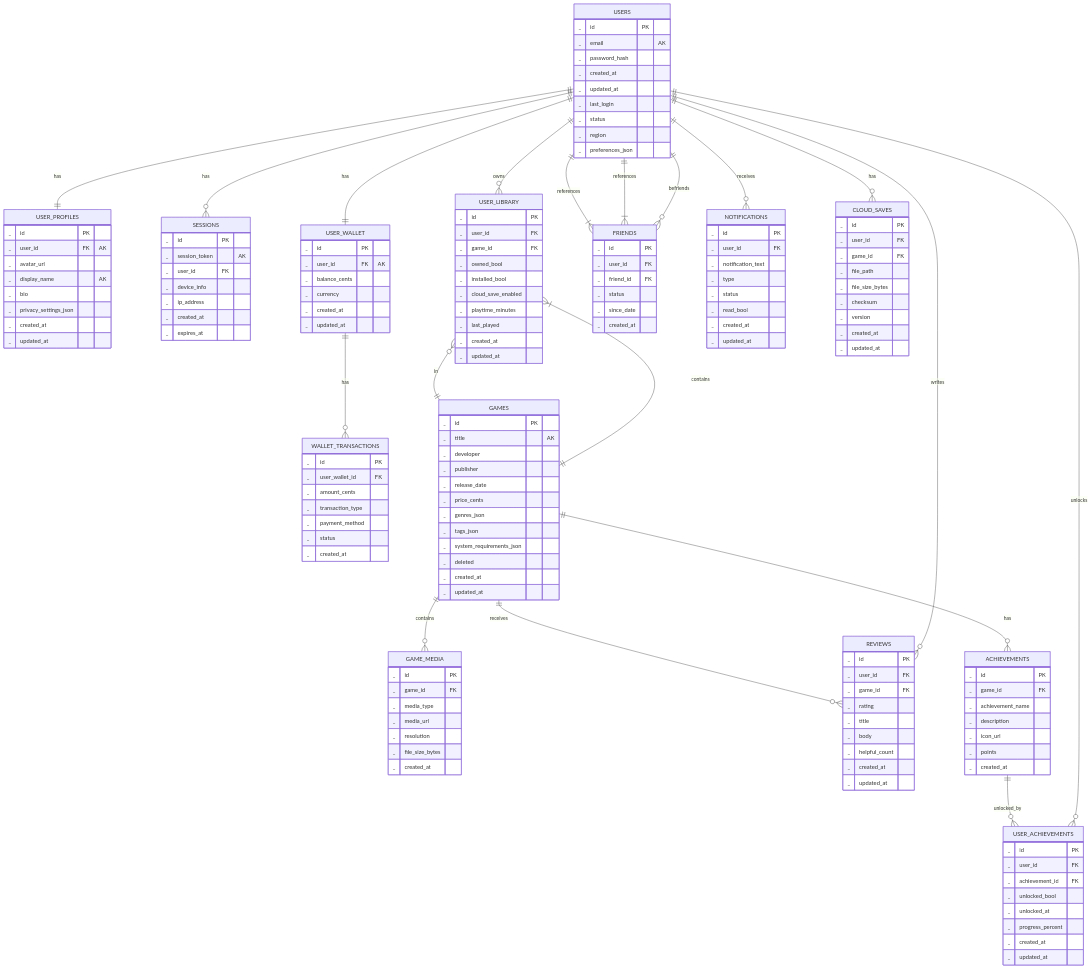
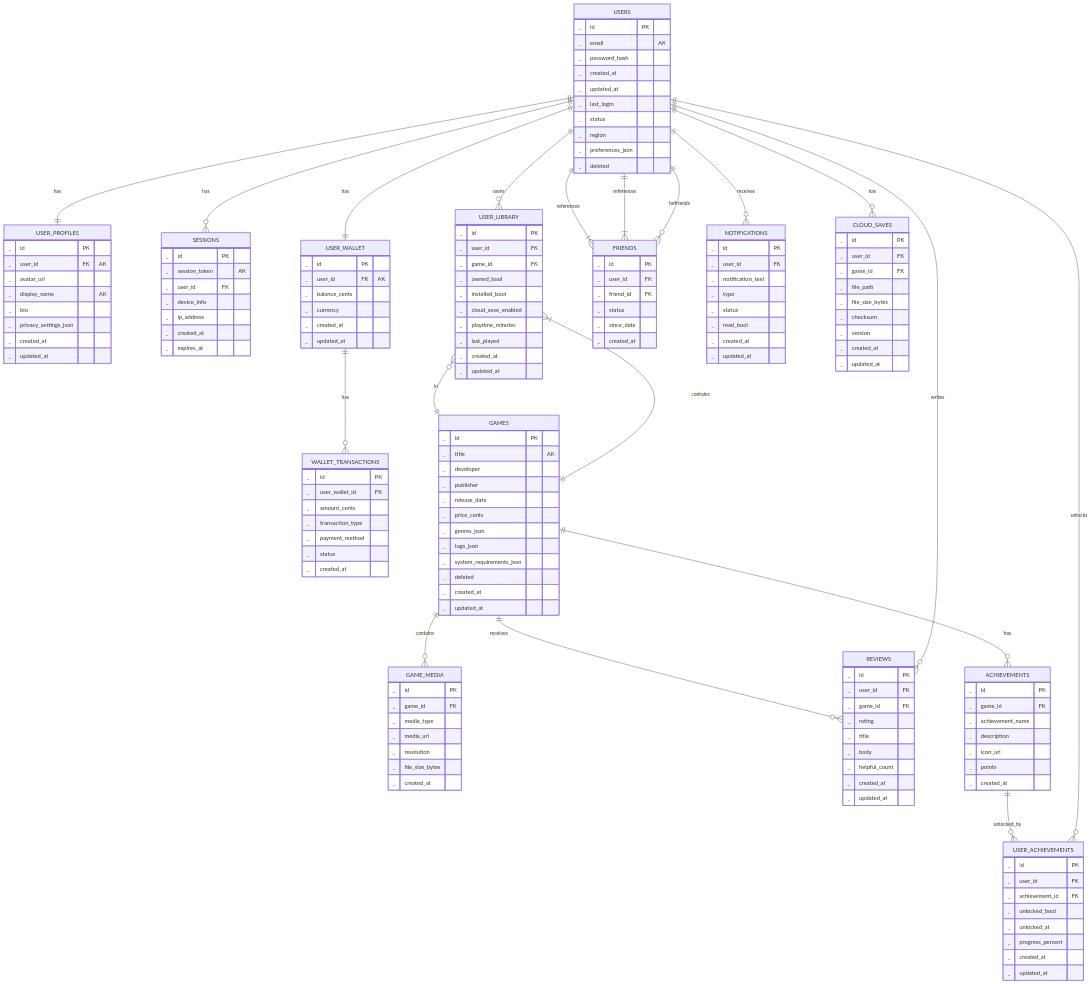
One commit to ShadowNair/highload changed the fourth of 5 diagrams in README.md. Above: the diagram before and after it, drawn with Mermaid. The commit also changed other lines of this file and 1 other file, not shown here.

```diff
--- a/README.md
+++ b/README.md
@@ -542,6 +540,7 @@
         _ status
         _ region
         _ preferences_json
+        _ deleted
     }
     USER_PROFILES {
         _ id PK
```
